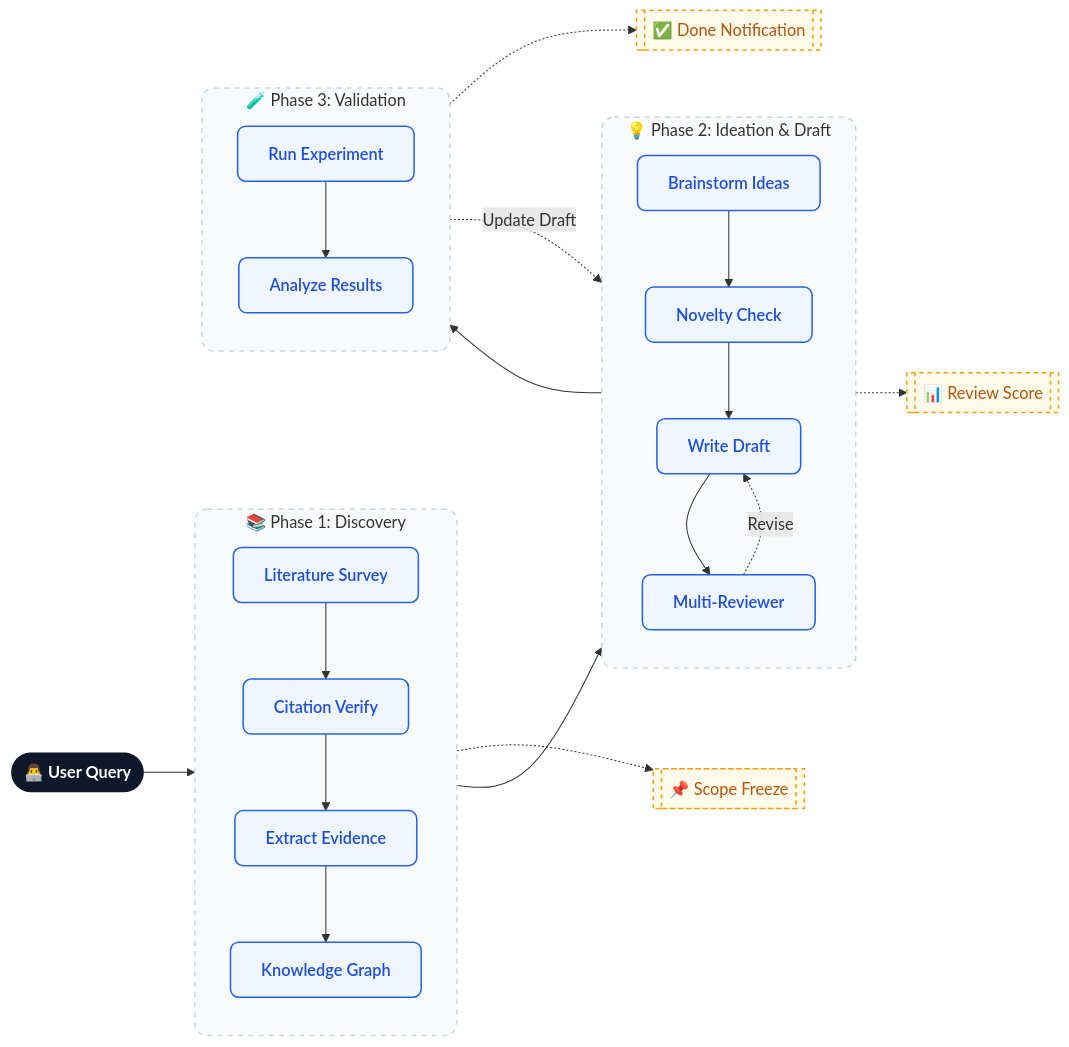
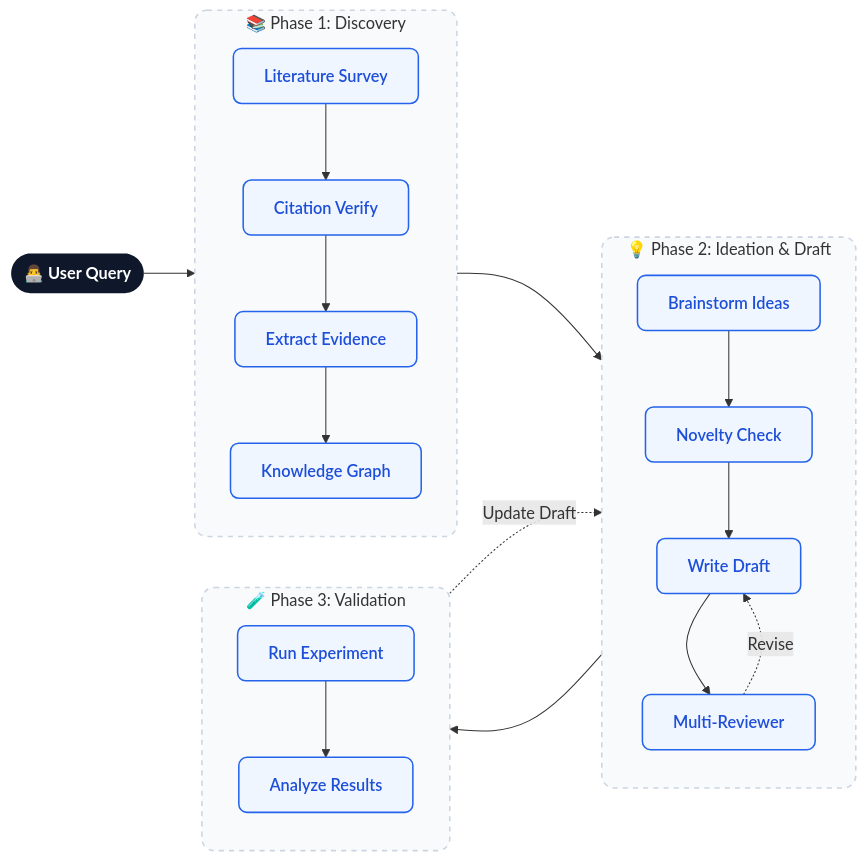
One commit to ChunqiGuo02/NeXus changed the diagram in README.md. Above: the diagram before and after it, drawn with Mermaid. The commit also changed other lines of this file and 19 other files, not shown here.

````diff
--- a/README.md
+++ b/README.md
@@ -24,50 +24,45 @@
 ```mermaid
 flowchart LR
     classDef entry fill:#0f172a,color:#ffffff,stroke:none,rx:10,ry:10,font-weight:bold
     classDef step fill:#eff6ff,stroke:#2563eb,stroke-width:1.5px,rx:8,ry:8,color:#1d4ed8,font-weight:600
-    classDef note fill:#fffbeb,stroke:#f59e0b,stroke-width:1.5px,stroke-dasharray: 4 4,rx:6,ry:6,color:#b45309
     
     style Discovery fill:#f8fafc,stroke:#cbd5e1,stroke-width:1.5px,stroke-dasharray: 5 5,rx:12,ry:12
     style Ideation fill:#f8fafc,stroke:#cbd5e1,stroke-width:1.5px,stroke-dasharray: 5 5,rx:12,ry:12
     style Validation fill:#f8fafc,stroke:#cbd5e1,stroke-width:1.5px,stroke-dasharray: 5 5,rx:12,ry:12
 
     U(["👨‍💻 User Query"]):::entry
 
     subgraph Discovery ["📚 Phase 1: Discovery"]
         direction TB
         S["Literature Survey"]:::step 
         V["Citation Verify"]:::step 
         E["Extract Evidence"]:::step 
         K["Knowledge Graph"]:::step
         S --> V --> E --> K
     end
 
     subgraph Ideation ["💡 Phase 2: Ideation & Draft"]
         direction TB
         B["Brainstorm Ideas"]:::step 
         N["Novelty Check"]:::step 
         D["Write Draft"]:::step 
         M["Multi-Reviewer"]:::step
         B --> N --> D --> M
     end
 
     subgraph Validation ["🧪 Phase 3: Validation"]
         direction TB
         R["Run Experiment"]:::step 
         A["Analyze Results"]:::step 
         R --> A
     end
 
     U --> Discovery
     Discovery --> Ideation
     Ideation --> Validation
 
-    %% Outputs & Artifacts
-    K -.-> N1[["📌 Scope Freeze"]]:::note
-    M -.-> N2[["📊 Review Score"]]:::note
-    A -.-> N3[["✅ Done Notification"]]:::note
+    %% Auto-revision loops
 
-    %% Auto-revision loops
     M -. "Revise" .-> D
     A -. "Update Draft" .-> D
 ```
````
